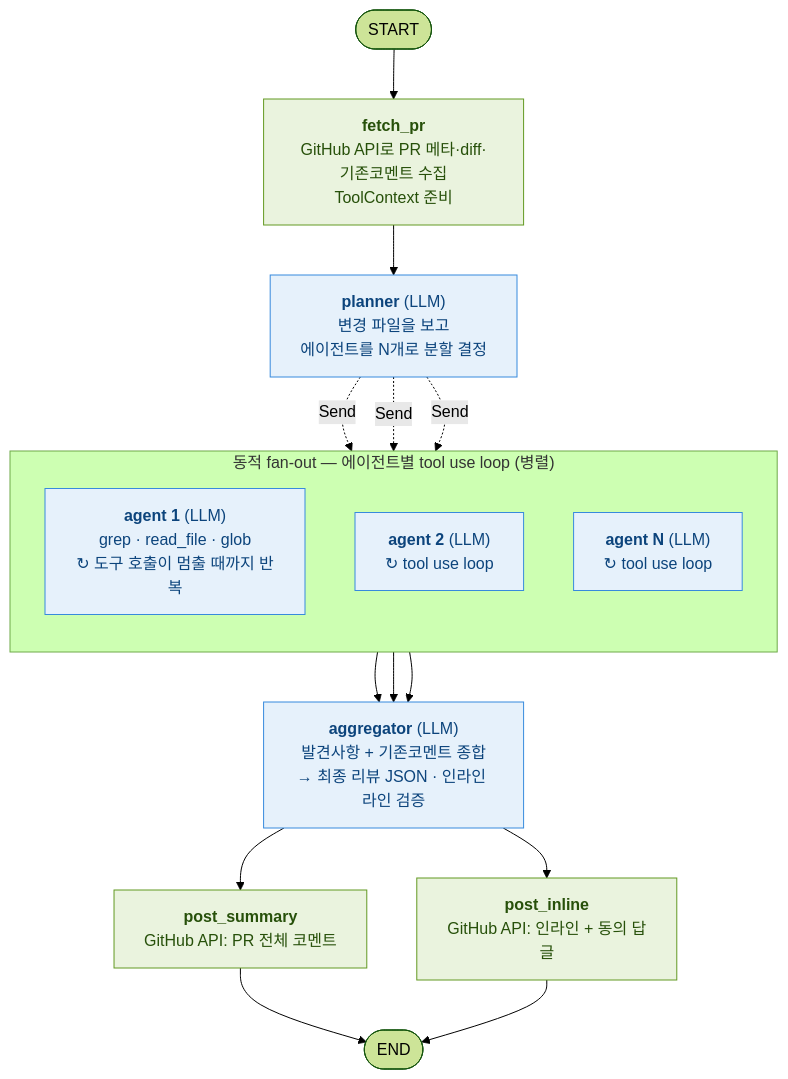
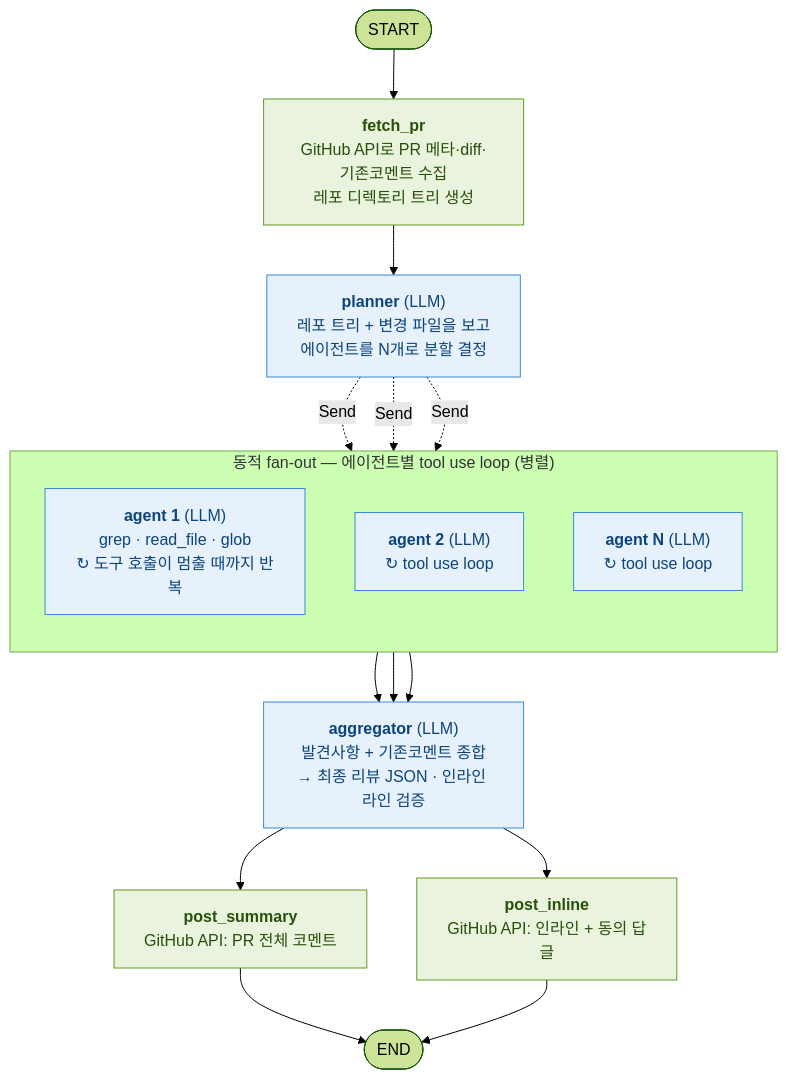
Before and after one commit to hong-p/review2: the diagram in README.md, drawn with Mermaid (forest theme). The commit also changed other lines of this file and 4 other files, not shown here.

````diff
--- a/README.md
+++ b/README.md
@@ -9,33 +9,33 @@
 ```mermaid
 flowchart TD
     START([START]) --> fetch_pr
-    fetch_pr["<b>fetch_pr</b><br/>GitHub API로 PR 메타·diff·기존코멘트 수집<br/>ToolContext 준비"]
+    fetch_pr["<b>fetch_pr</b><br/>GitHub API로 PR 메타·diff·기존코멘트 수집<br/>레포 디렉토리 트리 생성"]
     fetch_pr --> planner
-    planner["<b>planner</b> (LLM)<br/>변경 파일을 보고<br/>에이전트를 N개로 분할 결정"]
+    planner["<b>planner</b> (LLM)<br/>레포 트리 + 변경 파일을 보고<br/>에이전트를 N개로 분할 결정"]
 
     planner -. "Send" .-> a1
     planner -. "Send" .-> a2
     planner -. "Send" .-> aN
 
     subgraph fan["동적 fan-out — 에이전트별 tool use loop (병렬)"]
         direction TB
         a1["<b>agent 1</b> (LLM)<br/>grep · read_file · glob<br/>↻ 도구 호출이 멈출 때까지 반복"]
         a2["<b>agent 2</b> (LLM)<br/>↻ tool use loop"]
         aN["<b>agent N</b> (LLM)<br/>↻ tool use loop"]
     end
 
     a1 --> aggregator
     a2 --> aggregator
     aN --> aggregator
     aggregator["<b>aggregator</b> (LLM)<br/>발견사항 + 기존코멘트 종합<br/>→ 최종 리뷰 JSON · 인라인 라인 검증"]
 
     aggregator --> post_summary["<b>post_summary</b><br/>GitHub API: PR 전체 코멘트"]
     aggregator --> post_inline["<b>post_inline</b><br/>GitHub API: 인라인 + 동의 답글"]
     post_summary --> END([END])
     post_inline --> END
 
     classDef llm fill:#e6f1fb,stroke:#378add,color:#0c447c
     classDef io fill:#eaf3de,stroke:#639922,color:#27500a
     class planner,a1,a2,aN,aggregator llm
     class fetch_pr,post_summary,post_inline io
 ```
````
